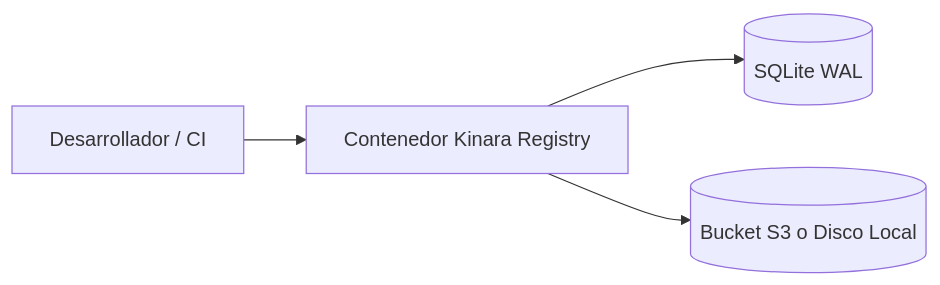
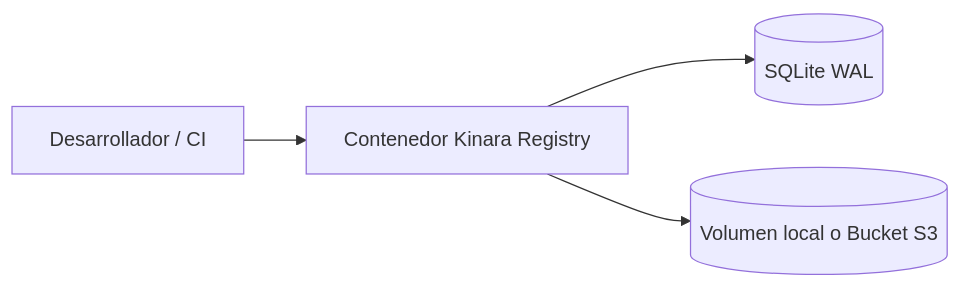
One commit to CesarAchig/Kinara-Registry changed the second of 2 diagrams in Planification/02-arquitectura-del-sistema.md. Above: the diagram before and after it, drawn with Mermaid. The commit also changed other lines of this file and 10 other files, not shown here.

````diff
--- a/Planification/02-arquitectura-del-sistema.md
+++ b/Planification/02-arquitectura-del-sistema.md
@@ -81,6 +100,6 @@
 ```mermaid
 flowchart LR
-    Dev[Desarrollador / CI] --> SingleContainer[Contenedor Kinara Registry]
+    Dev["Desarrollador / CI"] --> SingleContainer["Contenedor Kinara Registry"]
     SingleContainer --> LocalSQLite[(SQLite WAL)]
-    SingleContainer --> S3Bucket[(Bucket S3 o Disco Local)]
+    SingleContainer --> S3Bucket[("Volumen local o Bucket S3")]
 ```
````
